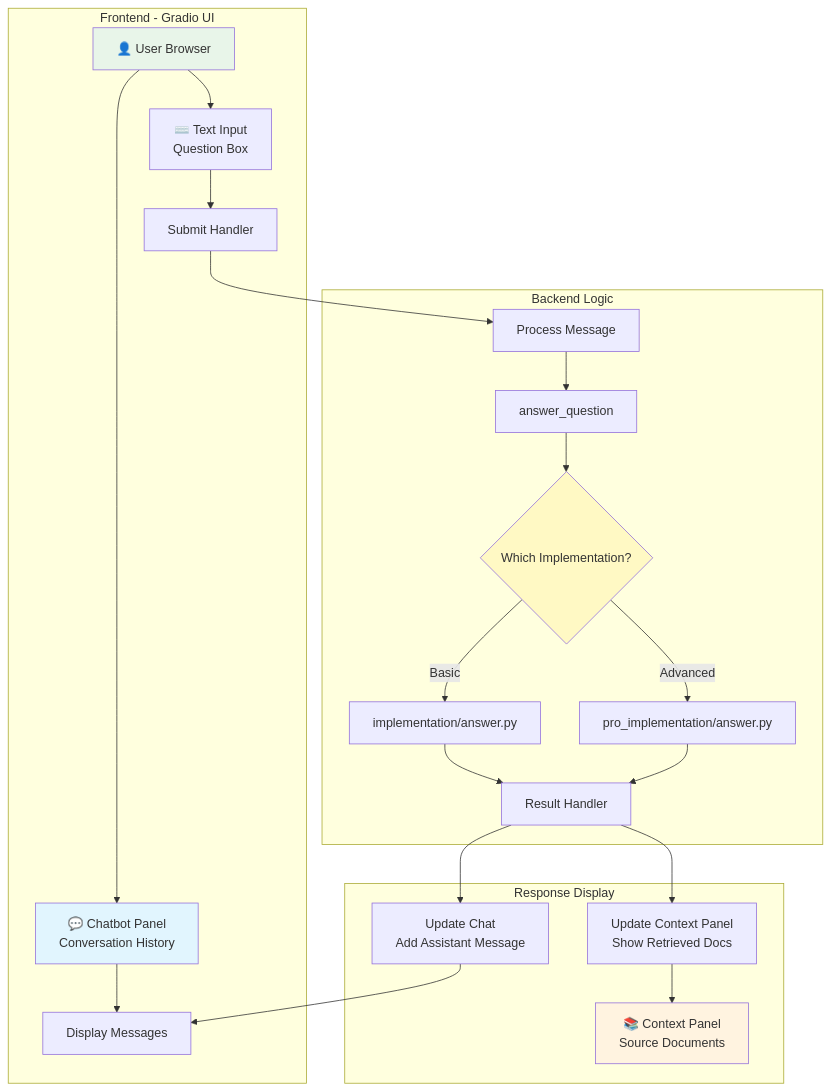
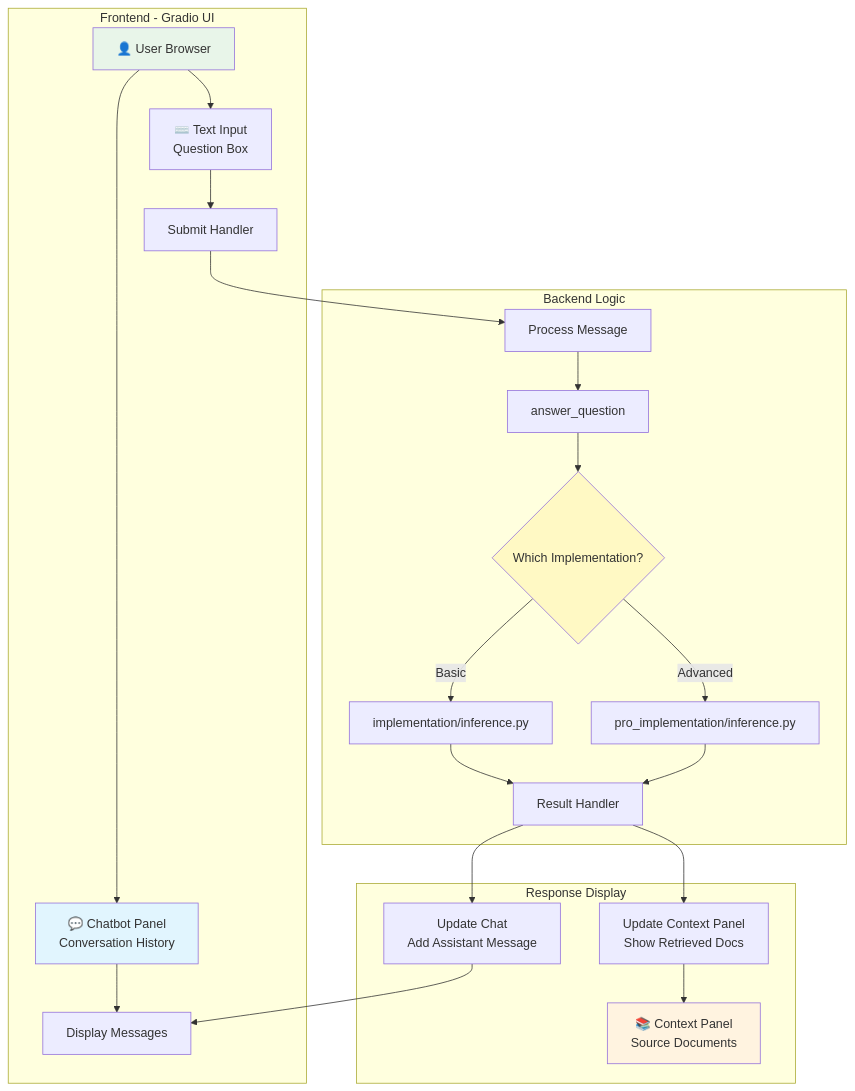
One commit to aditya-caltechie/ai-rag changed the fourth of 7 diagrams in docs/4-architecture_details.md. Above: the diagram before and after it, drawn with Mermaid. The commit also changed other lines of this file and 20 other files, not shown here.

````diff
--- a/docs/4-architecture_details.md
+++ b/docs/4-architecture_details.md
@@ -153,37 +153,37 @@
 ```mermaid
 graph TB
     subgraph "Frontend - Gradio UI"
         USER[👤 User Browser]
         
         USER --> CHAT[💬 Chatbot Panel<br/>Conversation History]
         USER --> INPUT[⌨️ Text Input<br/>Question Box]
         
         CHAT --> DISPLAY[Display Messages]
         INPUT --> SUBMIT[Submit Handler]
     end
     
     subgraph "Backend Logic"
         SUBMIT --> PROCESS[Process Message]
         PROCESS --> BACKEND[answer_question]
         
         BACKEND --> IMPL{Which Implementation?}
-        IMPL -->|Basic| B_ANSWER[implementation/answer.py]
-        IMPL -->|Advanced| A_ANSWER[pro_implementation/answer.py]
+        IMPL -->|Basic| B_ANSWER[implementation/inference.py]
+        IMPL -->|Advanced| A_ANSWER[pro_implementation/inference.py]
         
         B_ANSWER --> RESULT[Result Handler]
         A_ANSWER --> RESULT
     end
     
     subgraph "Response Display"
         RESULT --> UPD_CHAT[Update Chat<br/>Add Assistant Message]
         RESULT --> UPD_CTX[Update Context Panel<br/>Show Retrieved Docs]
         
         UPD_CHAT --> DISPLAY
         UPD_CTX --> CTX_PANEL[📚 Context Panel<br/>Source Documents]
     end
     
     style USER fill:#e8f5e9
     style CHAT fill:#e1f5fe
     style CTX_PANEL fill:#fff3e0
     style IMPL fill:#fff9c4
 ```
````
